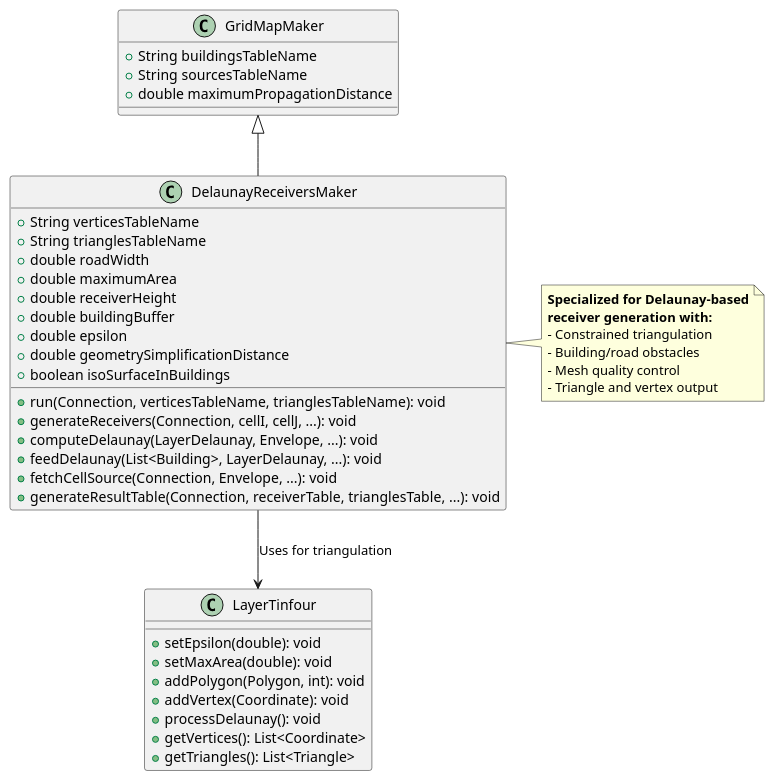
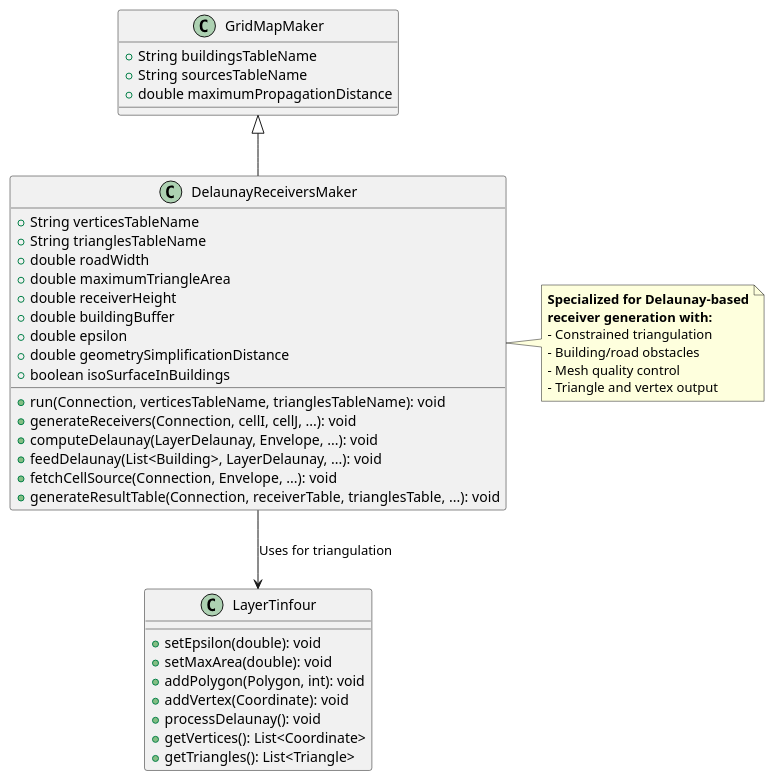
The first of 5 diagrams in Docs-dev/receiver_generation_algorithms.md (jtagusari/NoiseModelling), drawn with PlantUML before and after one commit. The commit also changed other lines of this file and 23 other files, not shown here.

````diff
--- a/Docs-dev/receiver_generation_algorithms.md
+++ b/Docs-dev/receiver_generation_algorithms.md
@@ -71,49 +71,49 @@
 ```plantuml
 @startuml
 class GridMapMaker {
   + String buildingsTableName
   + String sourcesTableName
   + double maximumPropagationDistance
 }
 
 class DelaunayReceiversMaker extends GridMapMaker {
   + String verticesTableName
   + String trianglesTableName
   + double roadWidth
-  + double maximumArea
+  + double maximumTriangleArea
   + double receiverHeight
   + double buildingBuffer
   + double epsilon
   + double geometrySimplificationDistance
   + boolean isoSurfaceInBuildings
   
   + run(Connection, verticesTableName, trianglesTableName): void
   + generateReceivers(Connection, cellI, cellJ, ...): void
   + computeDelaunay(LayerDelaunay, Envelope, ...): void
   + feedDelaunay(List<Building>, LayerDelaunay, ...): void
   + fetchCellSource(Connection, Envelope, ...): void
   + generateResultTable(Connection, receiverTable, trianglesTable, ...): void
 }
 
 class LayerTinfour {
   + setEpsilon(double): void
   + setMaxArea(double): void
   + addPolygon(Polygon, int): void
   + addVertex(Coordinate): void
   + processDelaunay(): void
   + getVertices(): List<Coordinate>
   + getTriangles(): List<Triangle>
 }
 
 DelaunayReceiversMaker --> LayerTinfour : Uses for triangulation
 
 note right of DelaunayReceiversMaker
   **Specialized for Delaunay-based**
   **receiver generation with:**
   - Constrained triangulation
   - Building/road obstacles
   - Mesh quality control
   - Triangle and vertex output
 end note
 @enduml
 ```
````
